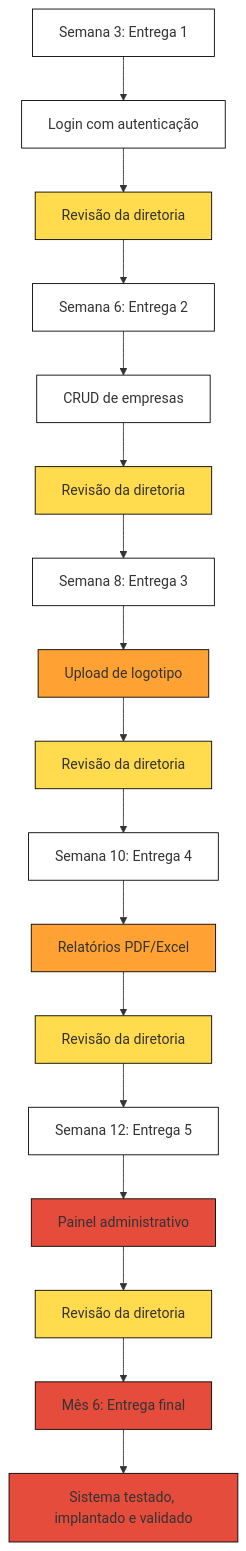
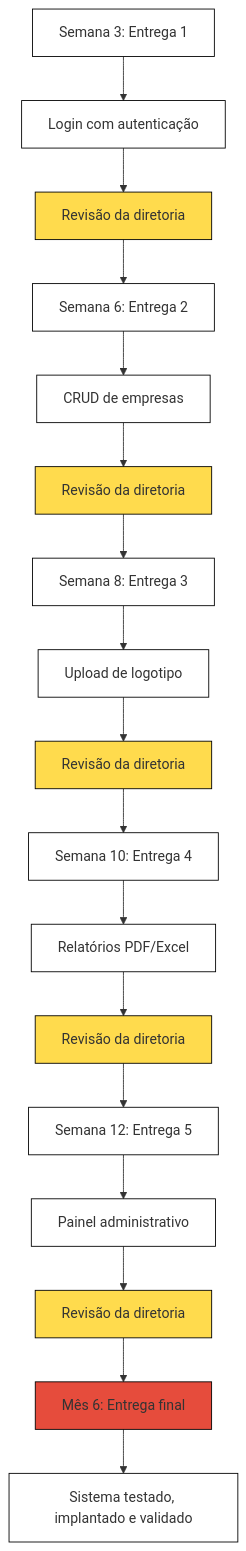
Before and after one commit to LucasBParada/modelos-gantt-crystal: the diagram in README2.md, drawn with Mermaid.

````diff
--- a/README2.md
+++ b/README2.md
@@ -1,42 +1,40 @@
 ```mermaid
 graph TD
   %% Entregas parciais Crystal Clear
 
   %% Entrega 1
   E1["Semana 3: Entrega 1"]:::branco --> F1["Login com autenticação"]:::branco
   F1 --> R1["Revisão da diretoria"]:::amarelo
 
   %% Entrega 2
   E2["Semana 6: Entrega 2"]:::branco --> F2["CRUD de empresas"]:::branco
   F2 --> R2["Revisão da diretoria"]:::amarelo
 
   %% Entrega 3
-  E3["Semana 8: Entrega 3"]:::branco --> F3["Upload de logotipo"]:::laranja
+  E3["Semana 8: Entrega 3"]:::branco --> F3["Upload de logotipo"]:::branco
   F3 --> R3["Revisão da diretoria"]:::amarelo
 
   %% Entrega 4
-  E4["Semana 10: Entrega 4"]:::branco --> F4["Relatórios PDF/Excel"]:::laranja
+  E4["Semana 10: Entrega 4"]:::branco --> F4["Relatórios PDF/Excel"]:::branco
   F4 --> R4["Revisão da diretoria"]:::amarelo
 
   %% Entrega 5
-  E5["Semana 12: Entrega 5"]:::branco --> F5["Painel administrativo"]:::vermelho
+  E5["Semana 12: Entrega 5"]:::branco --> F5["Painel administrativo"]:::branco
   F5 --> R5["Revisão da diretoria"]:::amarelo
 
   %% Entrega final
-  EF["Mês 6: Entrega final"]:::vermelho --> FF["Sistema testado, implantado e validado"]:::vermelho
+  EF["Mês 6: Entrega final"]:::vermelho --> FF["Sistema testado, implantado e validado"]:::branco
 
-  %% Sequência linear de entregas
   R1 --> E2
   R2 --> E3
   R3 --> E4
   R4 --> E5
   R5 --> EF
 
-  %% Definição de cores
   classDef branco fill:#fff, stroke:#000, stroke-width:1px;
   classDef amarelo fill:#FFDB4D, stroke:#000, stroke-width:1px;
   classDef laranja fill:#FFA233, stroke:#000, stroke-width:1px;
   classDef vermelho fill:#E64C3C, stroke:#000, stroke-width:1px;
 
 
 ```
````
